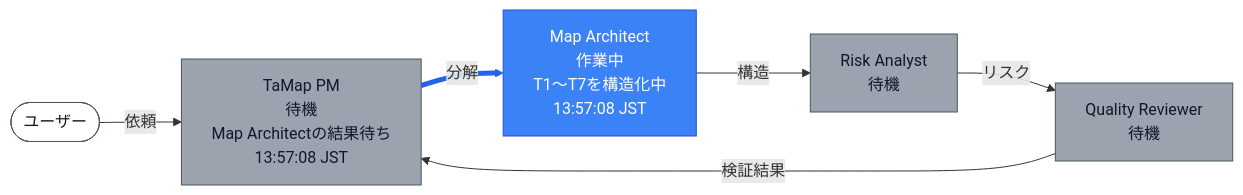
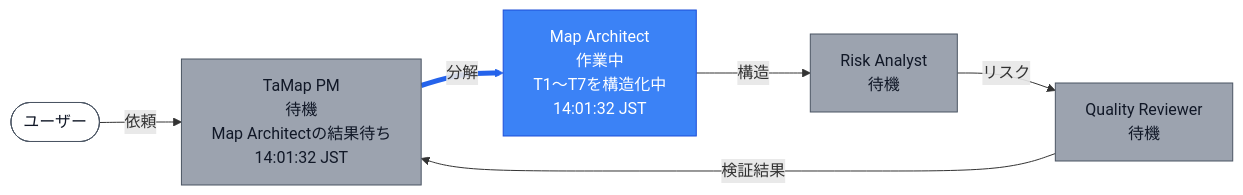
Before and after one commit to nekomario28/tamap: the fifth of 11 diagrams in docs/sample_output.md, drawn with Mermaid. The commit also changed other lines of this file and 2 other files, not shown here.

Commit message:
docs: rewrite README for the in-chat approach (map_id/revision), update notes (P7)

````diff
--- a/docs/sample_output.md
+++ b/docs/sample_output.md
@@ -152,22 +152,22 @@
 ```mermaid
 flowchart LR
   U(["ユーザー"])
-  PM["TaMap PM<br>待機<br>Map Architectの結果待ち<br>13:57:08 JST"]
-  MA["Map Architect<br>作業中<br>T1〜T7を構造化中<br>13:57:08 JST"]
+  PM["TaMap PM<br>待機<br>Map Architectの結果待ち<br>14:01:32 JST"]
+  MA["Map Architect<br>作業中<br>T1〜T7を構造化中<br>14:01:32 JST"]
   RA["Risk Analyst<br>待機"]
   QR["Quality Reviewer<br>待機"]
   U -- 依頼 --> PM
   PM -- 分解 --> MA
   MA -- 構造 --> RA
   RA -- リスク --> QR
   QR -- 検証結果 --> PM
   classDef idle fill:#9ca3af,stroke:#4b5563,color:#111827
   classDef working fill:#3b82f6,stroke:#1d4ed8,color:#ffffff
   classDef done fill:#22c55e,stroke:#15803d,color:#ffffff
   classDef error fill:#ef4444,stroke:#991b1b,color:#ffffff
   classDef user fill:#ffffff,stroke:#4b5563,color:#111827
   class U user
   class PM,RA,QR idle
   class MA working
   linkStyle 1 stroke:#2563eb,stroke-width:5px
 ```
````
